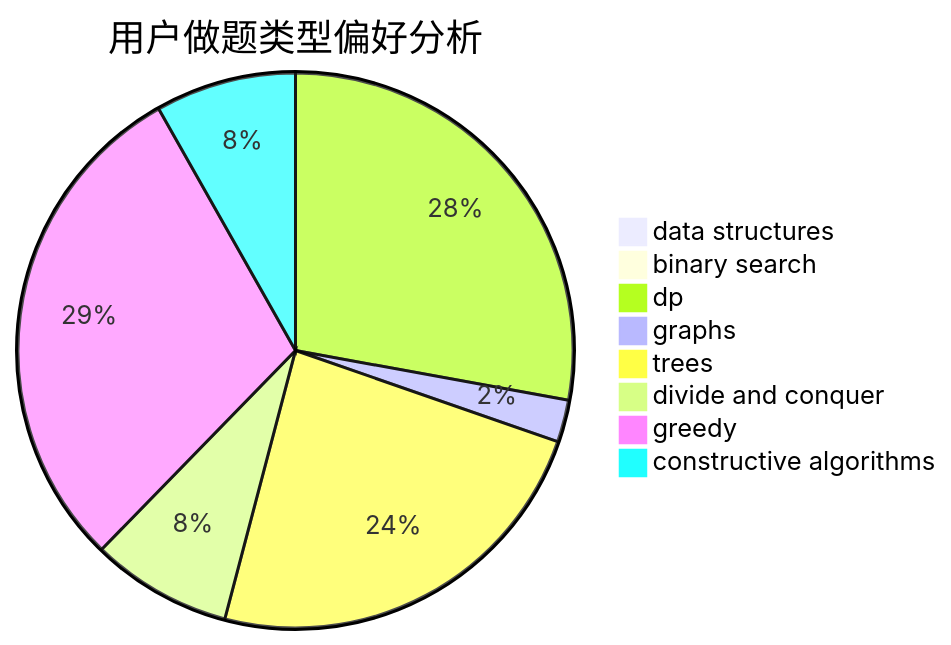
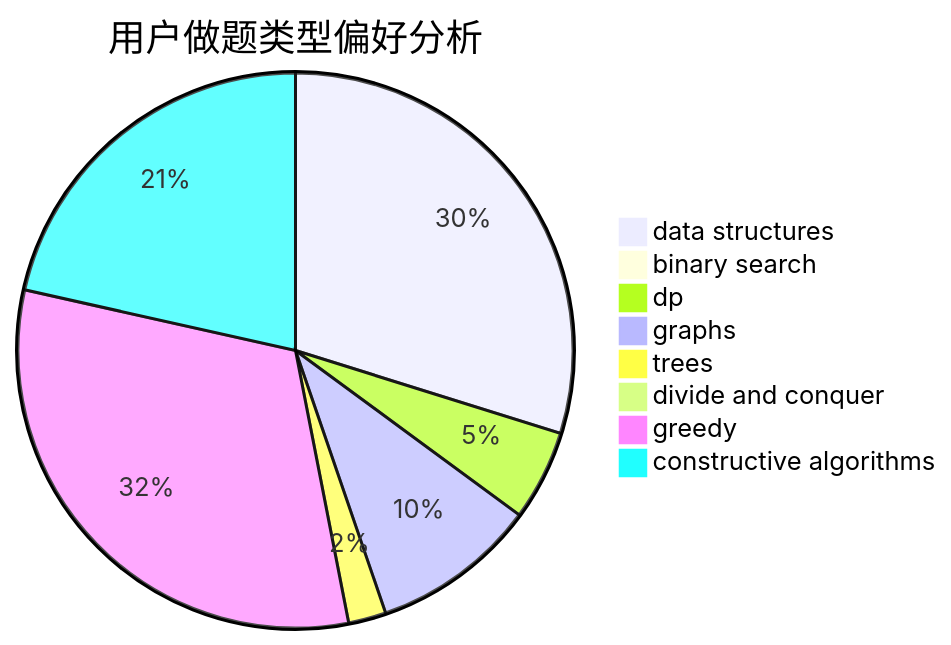
One commit to sherpahu/cfrs.github.io changed the second of 3 diagrams in docs/user/u1480.md. Above: the diagram before and after it, drawn with Mermaid. The commit also changed other lines of this file and 2770 other files, not shown here.

````diff
--- a/docs/user/u1480.md
+++ b/docs/user/u1480.md
@@ -23,11 +23,11 @@
 ```mermaid
 pie title 用户做题类型偏好分析
-    "data structures" :  0
-    "binary search" :  1
-    "dp" :  34
-    "graphs" :  3
-    "trees" :  29
-    "divide and conquer" :  10
-    "greedy" :  36
-    "constructive algorithms" :  10
+    "data structures" :  68
+    "binary search" :  0
+    "dp" :  12
+    "graphs" :  22
+    "trees" :  5
+    "divide and conquer" :  0
+    "greedy" :  72
+    "constructive algorithms" :  49
 ```
````
